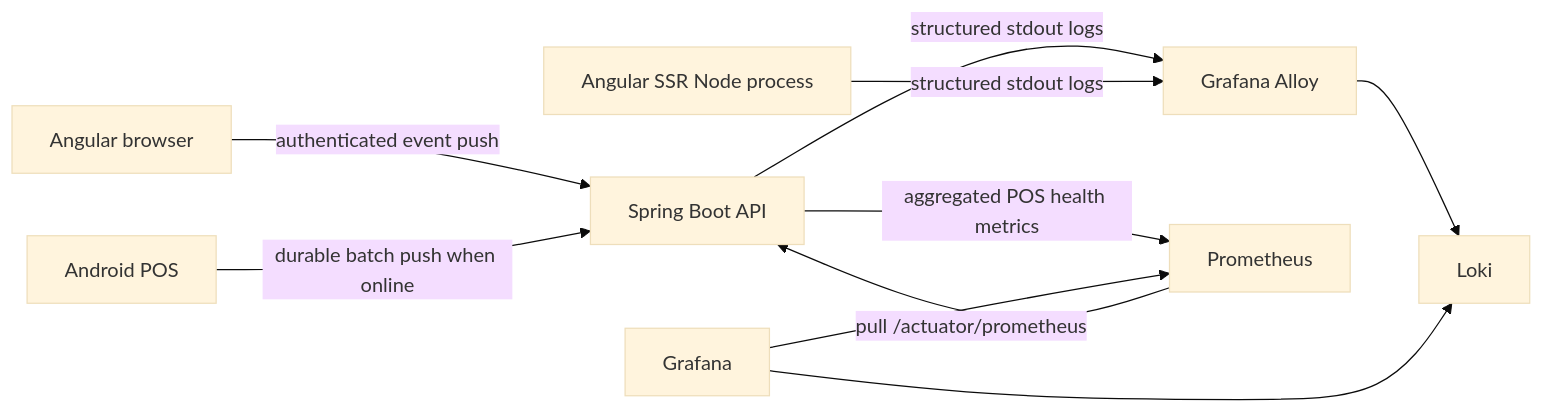
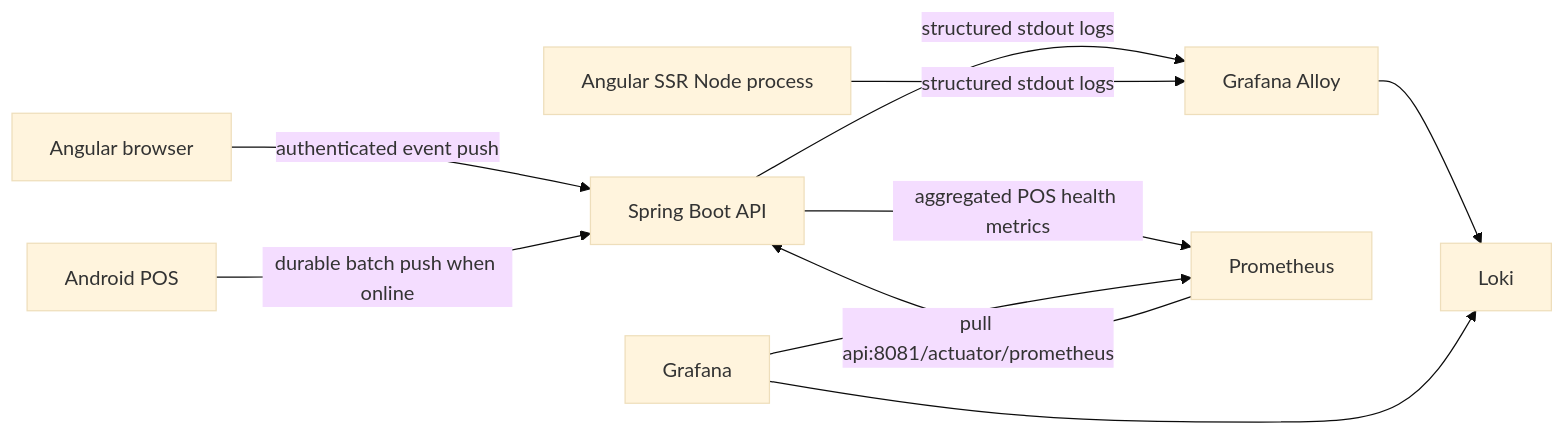
Before and after one commit to alexistrejo11/pimienta-alimentos: the diagram in docs/project/pimienta-alimentos/observability.md, drawn with Mermaid (base theme). The commit also changed other lines of this file and 20 other files, not shown here.

````diff
--- a/docs/project/pimienta-alimentos/observability.md
+++ b/docs/project/pimienta-alimentos/observability.md
@@ -9,12 +9,12 @@
 ```mermaid
 flowchart LR
   Web[Angular browser] -->|authenticated event push| API[Spring Boot API]
   Pos[Android POS] -->|durable batch push when online| API
   API -->|structured stdout logs| Alloy[Grafana Alloy]
   WebSSR[Angular SSR Node process] -->|structured stdout logs| Alloy
   Alloy --> Loki[Loki]
-  Prometheus -->|pull /actuator/prometheus| API
+  Prometheus -->|pull api:8081/actuator/prometheus| API
   API -->|aggregated POS health metrics| Prometheus
   Grafana --> Prometheus
   Grafana --> Loki
 ```
````
